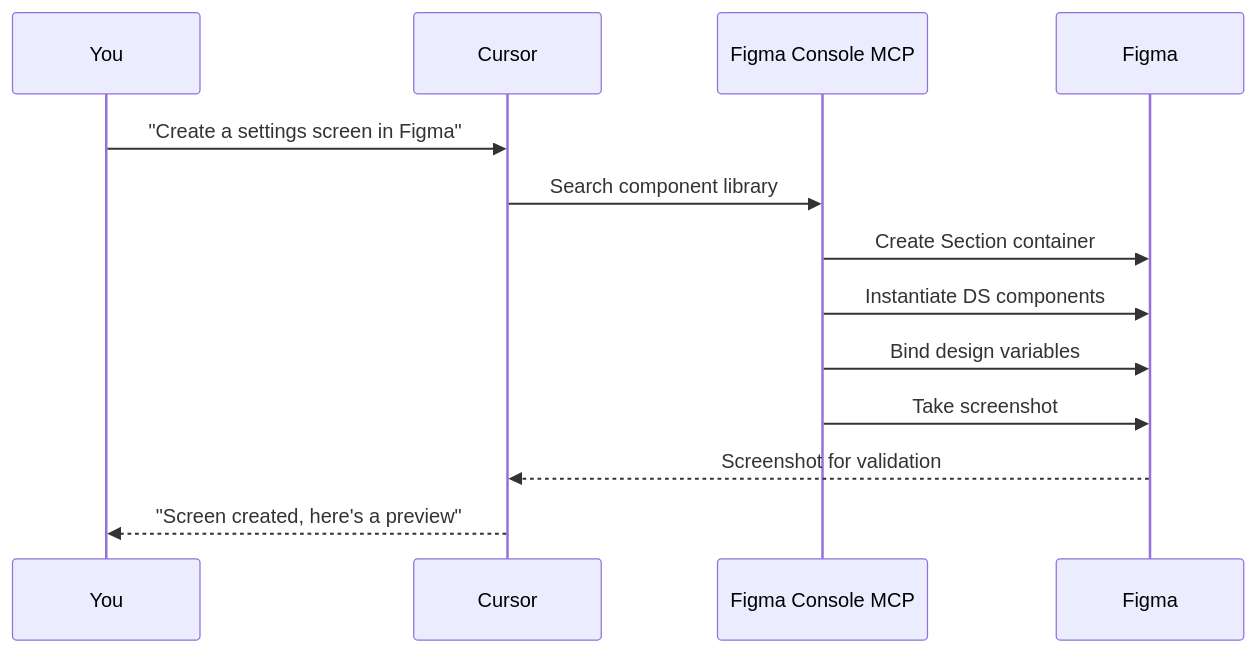
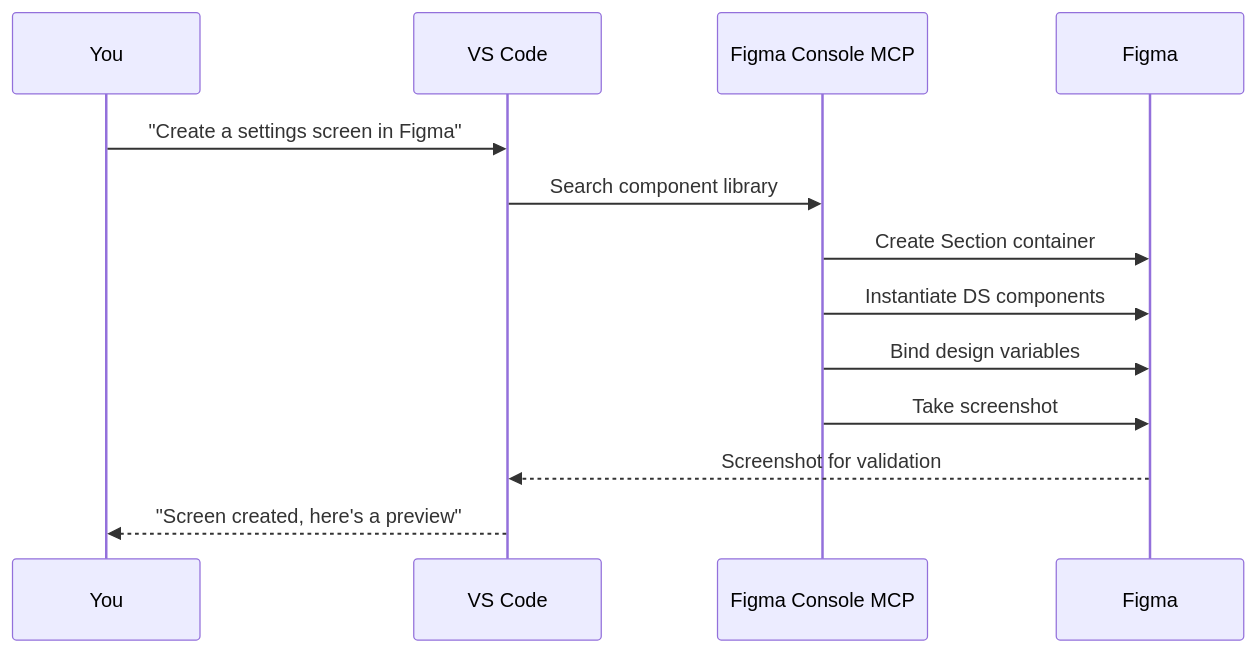
Before and after one commit to florian-koppelow/design-code-workflow: the third of 8 diagrams in docs/DESIGN-CODE-WORKFLOW.md, drawn with Mermaid. The commit also changed other lines of this file and 13 other files, not shown here.

````diff
--- a/docs/DESIGN-CODE-WORKFLOW.md
+++ b/docs/DESIGN-CODE-WORKFLOW.md
@@ -297,16 +297,16 @@
 ```mermaid
 sequenceDiagram
     participant You
-    participant Cursor
+    participant VSCode as VS Code
     participant FigmaMCP as Figma Console MCP
     participant Figma
     
-    You->>Cursor: "Create a settings screen in Figma"
-    Cursor->>FigmaMCP: Search component library
+    You->>VSCode: "Create a settings screen in Figma"
+    VSCode->>FigmaMCP: Search component library
     FigmaMCP->>Figma: Create Section container
     FigmaMCP->>Figma: Instantiate DS components
     FigmaMCP->>Figma: Bind design variables
     FigmaMCP->>Figma: Take screenshot
-    Figma-->>Cursor: Screenshot for validation
-    Cursor-->>You: "Screen created, here's a preview"
+    Figma-->>VSCode: Screenshot for validation
+    VSCode-->>You: "Screen created, here's a preview"
 ```
````
